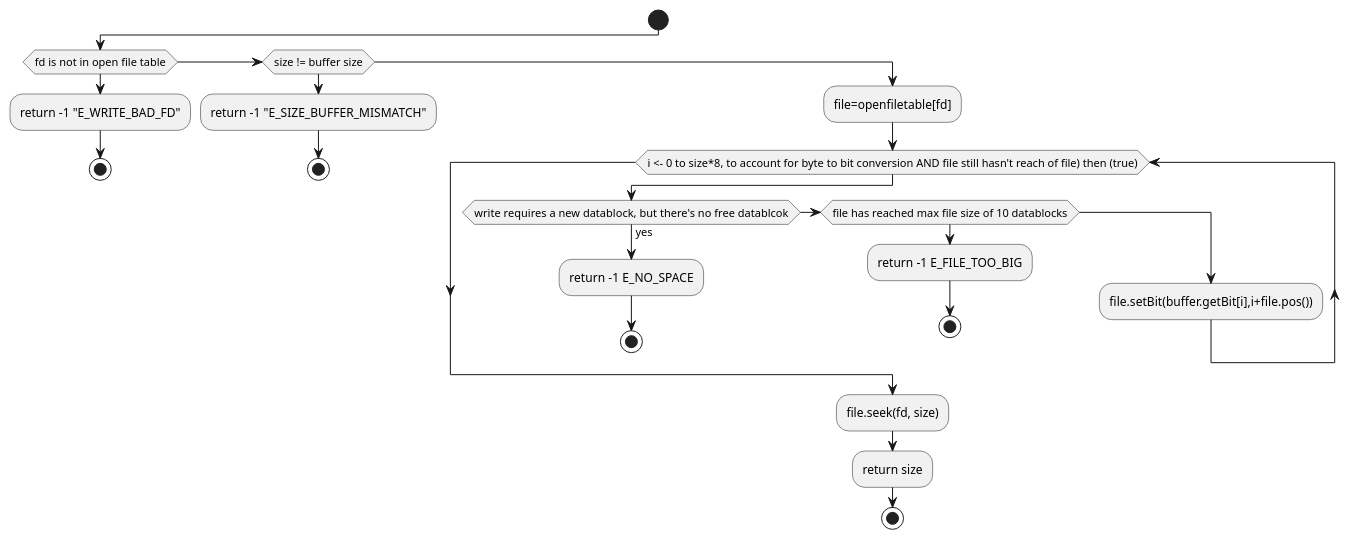
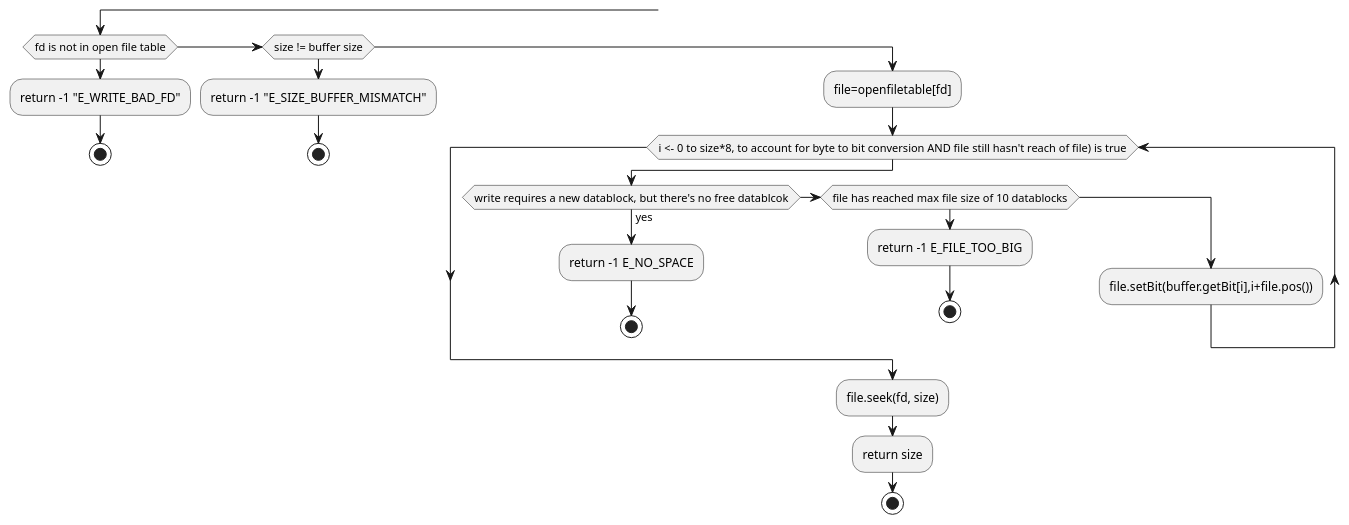
The ninth of 20 diagrams in Plan.org (HawaiinPizza/CIS-450-final-project), drawn with PlantUML before and after one commit. The commit also changed 2 other files, not shown here.

Commit message:
I think i got inodeSubStr working

```diff
--- a/Plan.org
+++ b/Plan.org
@@ -507,30 +507,29 @@
      #+BEGIN_SRC plantuml  :file Plant/FileWrite.png
      @startuml
-     start
 	if(fd is not in open file table)
 		:return -1 "E_WRITE_BAD_FD";
 		stop
 	elseif (size != buffer size)
 		:return -1 "E_SIZE_BUFFER_MISMATCH";
 		stop
 	else
 		:file=openfiletable[fd];
-		while (i <- 0 to size*8, to account for byte to bit conversion AND file still hasn't reach of file) then (true))
+		while (i <- 0 to size*8, to account for byte to bit conversion AND file still hasn't reach of file) is true)
 			if(write requires a new datablock, but there's no free datablcok) then (yes)
 				:return -1 E_NO_SPACE;
 				stop
 			elseif (file has reached max file size of 10 datablocks)
 				:return -1 E_FILE_TOO_BIG;
 				stop
 			else
 				:file.setBit(buffer.getBit[i],i+file.pos());
 			endif
 			
 		endwhile
 		:file.seek(fd, size);
 		:return size;
 		stop
 		
 	endif
 	@enduml
      #+END_SRC
```
